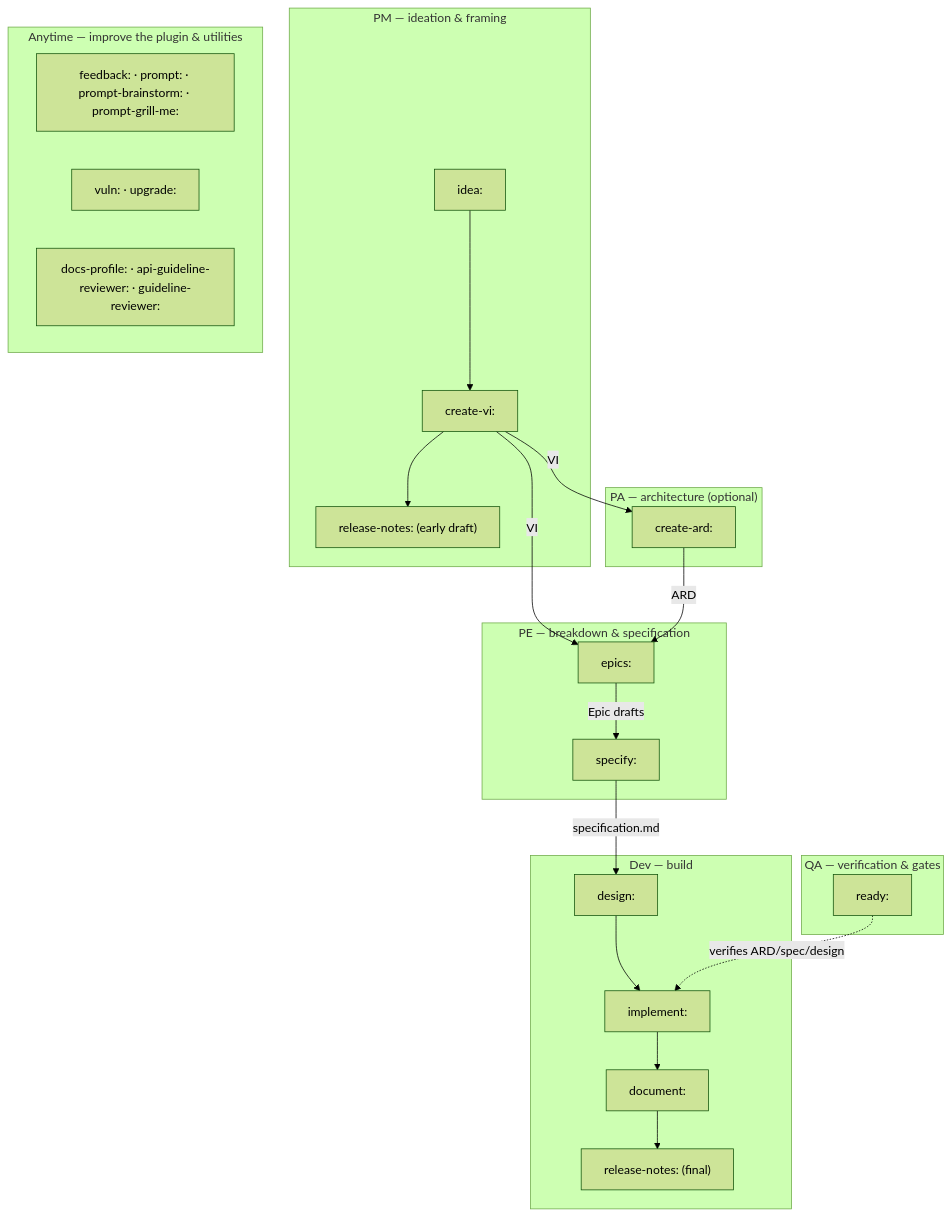
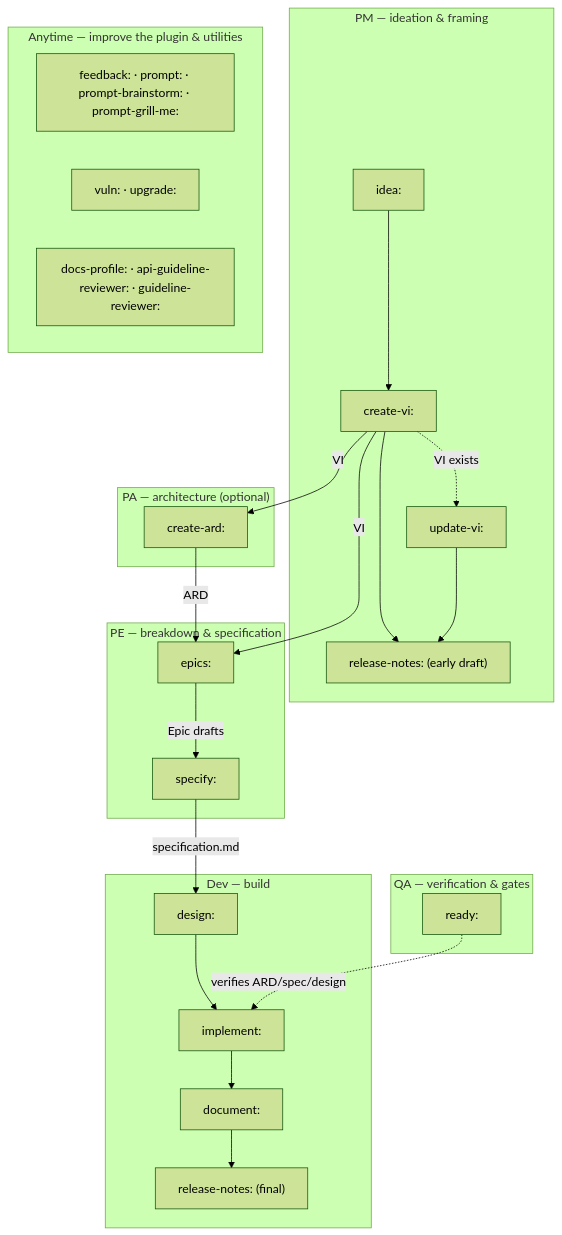
Before and after one commit to ihudak/ihudak-copilot-plugins: the first of 2 diagrams in dev-workflows/README.md, drawn with Mermaid (forest theme). The commit also changed 5 other files, not shown here.

````diff
--- a/dev-workflows/README.md
+++ b/dev-workflows/README.md
@@ -75,34 +75,36 @@
 ```mermaid
 flowchart TD
     subgraph PM["PM — ideation & framing"]
         idea["idea:"] --> createvi["create-vi:"]
         createvi --> rnpm["release-notes: (early draft)"]
+        createvi -.->|VI exists| updatevi["update-vi:"]
+        updatevi --> rnpm
     end
     subgraph PA["PA — architecture (optional)"]
         createard["create-ard:"]
     end
     subgraph PE["PE — breakdown & specification"]
         epics["epics:"]
         specify["specify:"]
     end
     subgraph DEV["Dev — build"]
         design["design:"] --> implement["implement:"]
         implement --> document["document:"]
         document --> rndev["release-notes: (final)"]
     end
     subgraph QA["QA — verification & gates"]
         ready["ready:"]
     end
     subgraph ANY["Anytime — improve the plugin & utilities"]
         improve["feedback: · prompt: · prompt-brainstorm: · prompt-grill-me:"]
         maint["vuln: · upgrade:"]
         tooling["docs-profile: · api-guideline-reviewer: · guideline-reviewer:"]
     end
 
     createvi -->|VI| createard
     createvi -->|VI| epics
     createard -->|ARD| epics
     epics -->|Epic drafts| specify
     specify -->|specification.md| design
     ready -. verifies ARD/spec/design .-> implement
 ```
````
